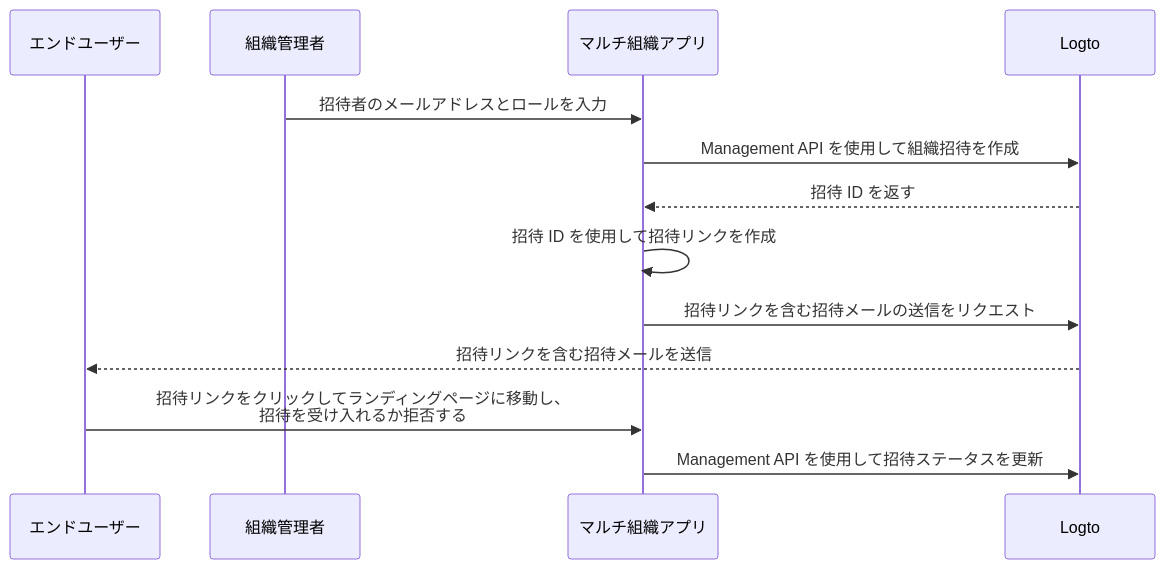
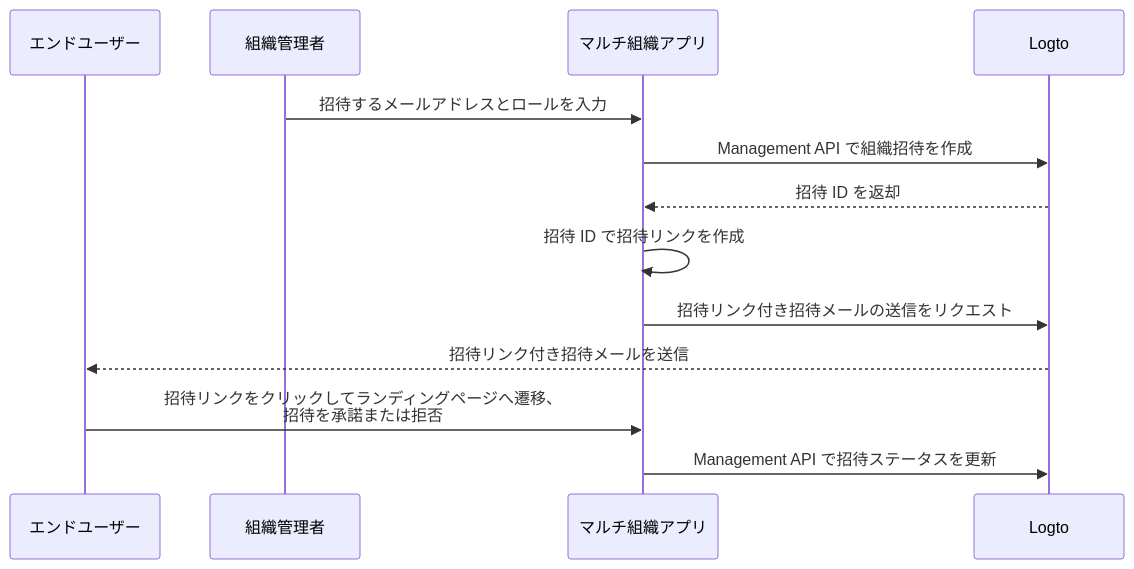
One commit to logto-io/docs changed the diagram in i18n/ja/docusaurus-plugin-content-docs/current/end-user-flows/organization-experience/invite-organization-members.mdx. Above: the diagram before and after it, drawn with Mermaid. The commit also changed other lines of this file and 357 other files, not shown here.

````diff
--- a/i18n/ja/docusaurus-plugin-content-docs/current/end-user-flows/organization-experience/invite-organization-members.mdx
+++ b/i18n/ja/docusaurus-plugin-content-docs/current/end-user-flows/organization-experience/invite-organization-members.mdx
@@ -13,16 +13,16 @@
 ```mermaid
 sequenceDiagram
 	Participant U as エンドユーザー
   Participant A as 組織管理者
   Participant C as マルチ組織アプリ
 	Participant L as Logto
 
-  A ->> C: 招待者のメールアドレスとロールを入力
-  C ->> L: Management API を使用して組織招待を作成
-  L -->> C: 招待 ID を返す
-  C ->> C: 招待 ID を使用して招待リンクを作成
-  C ->> L: 招待リンクを含む招待メールの送信をリクエスト
-  L -->> U: 招待リンクを含む招待メールを送信
-  U ->> C: 招待リンクをクリックしてランディングページに移動し、<br />招待を受け入れるか拒否する
-  C ->> L: Management API を使用して招待ステータスを更新
+  A ->> C: 招待するメールアドレスとロールを入力
+  C ->> L: Management API で組織招待を作成
+  L -->> C: 招待 ID を返却
+  C ->> C: 招待 ID で招待リンクを作成
+  C ->> L: 招待リンク付き招待メールの送信をリクエスト
+  L -->> U: 招待リンク付き招待メールを送信
+  U ->> C: 招待リンクをクリックしてランディングページへ遷移、<br /> 招待を承諾または拒否
+  C ->> L: Management API で招待ステータスを更新
 ```
````
